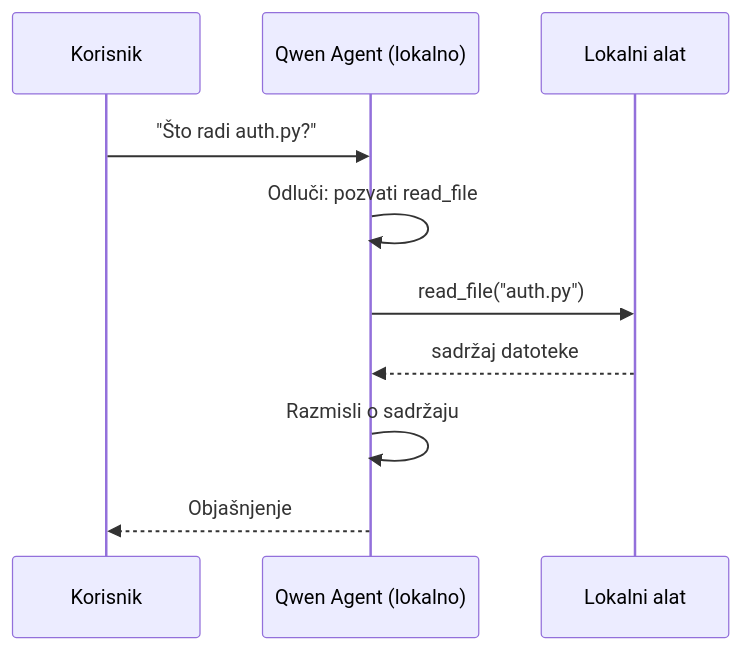
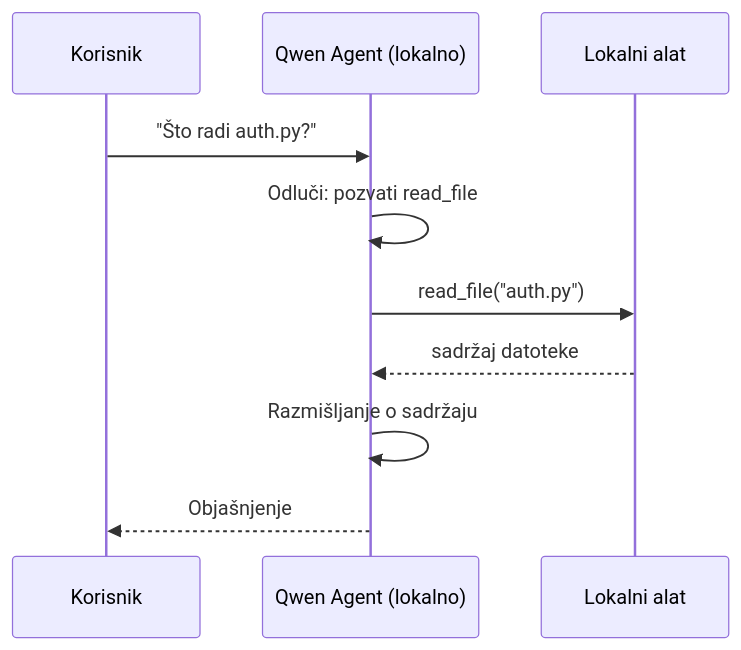
Before and after one commit to microsoft/ai-agents-for-beginners: the second of 4 diagrams in translations/hr/17-creating-local-ai-agents/README.md, drawn with Mermaid. The commit also changed other lines of this file and 47 other files, not shown here.

````diff
--- a/translations/hr/17-creating-local-ai-agents/README.md
+++ b/translations/hr/17-creating-local-ai-agents/README.md
@@ -106,12 +106,12 @@
 ```mermaid
 sequenceDiagram
     participant U as Korisnik
     participant A as Qwen Agent (lokalno)
     participant T as Lokalni alat
     U->>A: "Što radi auth.py?"
     A->>A: Odluči: pozvati read_file
     A->>T: read_file("auth.py")
     T-->>A: sadržaj datoteke
-    A->>A: Razmisli o sadržaju
+    A->>A: Razmišljanje o sadržaju
     A-->>U: Objašnjenje
 ```
````
